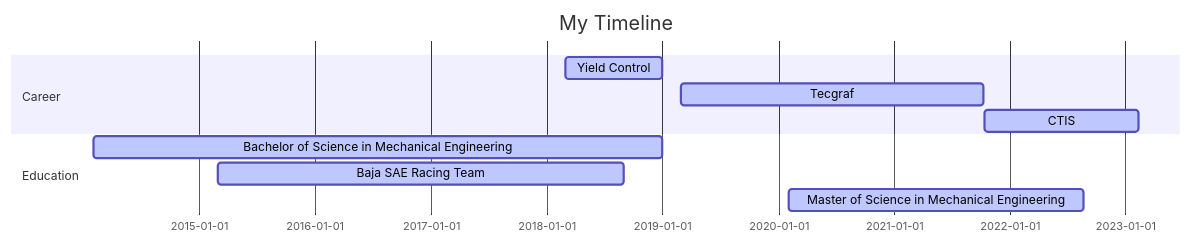
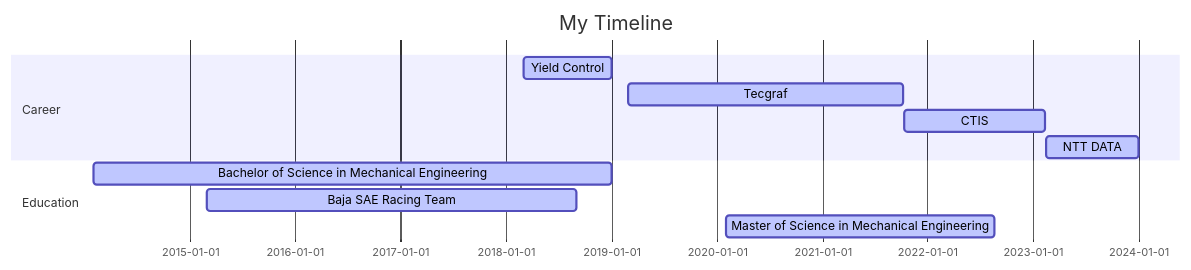
Before and after one commit to matheus-hoffmann/matheus-hoffmann: the diagram in README.md, drawn with Mermaid.

````diff
--- a/README.md
+++ b/README.md
@@ -4,13 +4,14 @@
 ```mermaid
 gantt
 dateFormat  YYYY-MM-DD
 title My Timeline
 section Career
 Yield Control :active,, 2018-03-01,2018-12-31
 Tecgraf       :active,, 2019-03-01,2021-10-08
 CTIS          :active,, 2021-10-13,2023-02-10
+NTT DATA      :active,, 2023-02-15,2024-01-01
 section Education
 Bachelor of Science in Mechanical Engineering :active,, 2014-02-01,2018-12-31
 Baja SAE Racing Team :active,, 2015-03-01,2018-09-01
 Master of Science in Mechanical Engineering :active,, 2020-02-01,2022-08-19
 ```
````
